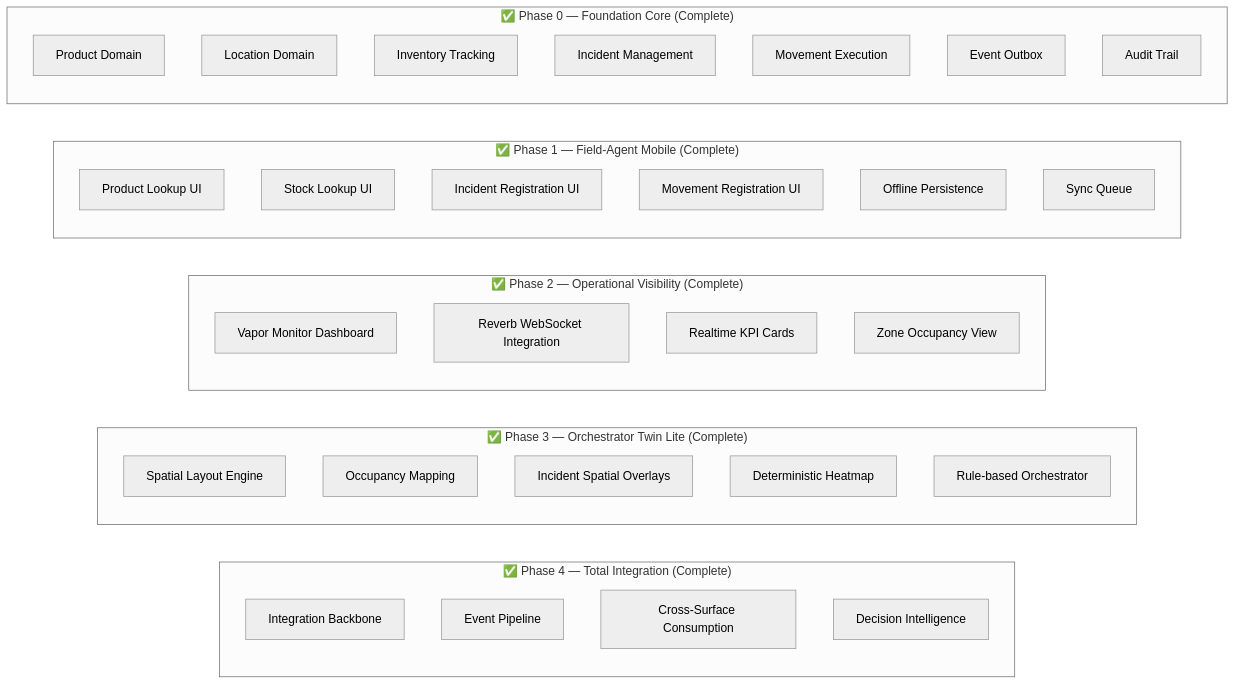
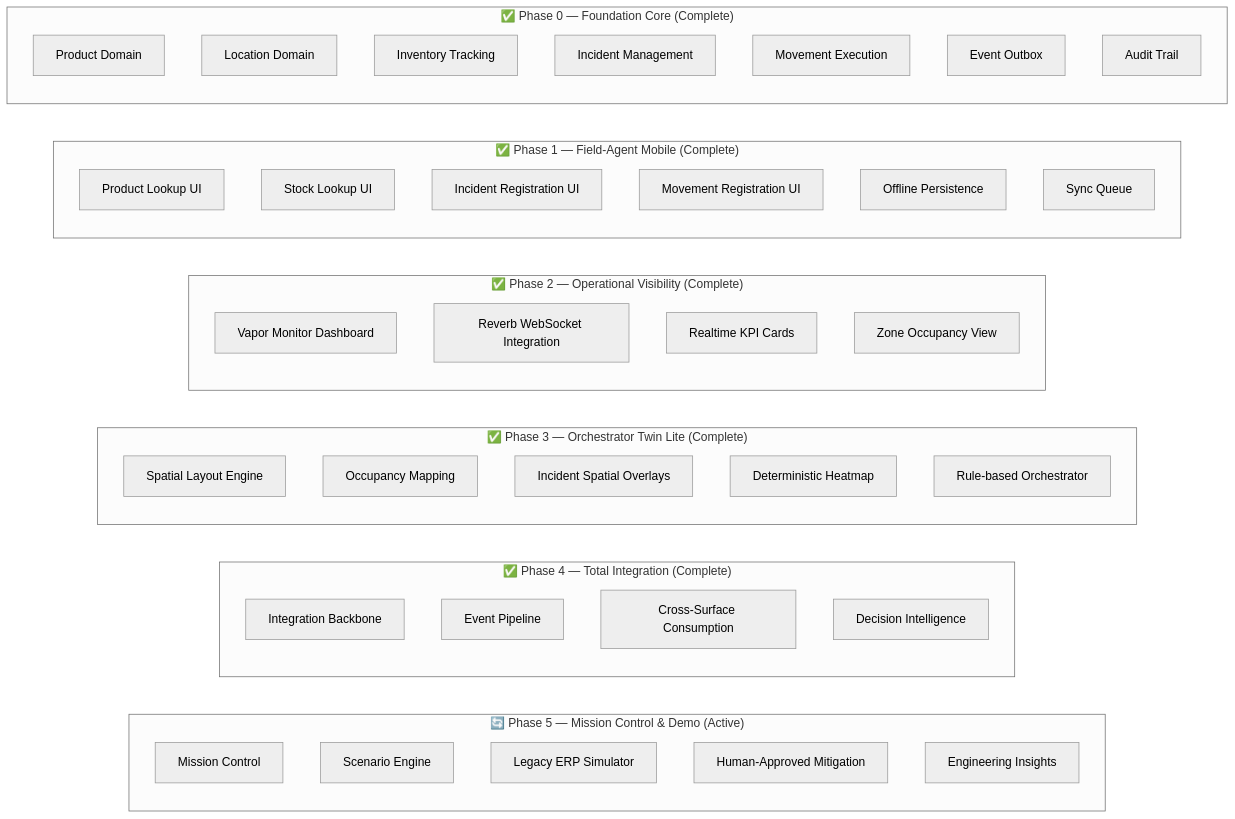
The fifth of 5 diagrams in README.md (h-builds/nexus-wms), drawn with Mermaid (neutral theme) before and after one commit. The commit also changed other lines of this file, not shown here.

Commit message:
docs(repo): update README for Phase 5 transition

````diff
--- a/README.md
+++ b/README.md
@@ -188,53 +198,63 @@
 ```mermaid
 flowchart TB
     subgraph Phase0 ["✅ Phase 0 — Foundation Core (Complete)"]
         direction TB
         P["Product Domain"]
         L["Location Domain"]
         I["Inventory Tracking"]
         IR["Incident Management"]
         MT["Movement Execution"]
         EV["Event Outbox"]
         AU["Audit Trail"]
     end
 
     subgraph Phase1 ["✅ Phase 1 — Field-Agent Mobile (Complete)"]
         direction TB
         PL["Product Lookup UI"]
         SL["Stock Lookup UI"]
         IReg["Incident Registration UI"]
         MReg["Movement Registration UI"]
         OFF["Offline Persistence"]
         SYN["Sync Queue"]
     end
 
     subgraph Phase2 ["✅ Phase 2 — Operational Visibility (Complete)"]
         direction TB
         VM["Vapor Monitor Dashboard"]
         REV["Reverb WebSocket Integration"]
         KPI["Realtime KPI Cards"]
         OCC["Zone Occupancy View"]
     end
 
     subgraph Phase3 ["✅ Phase 3 — Orchestrator Twin Lite (Complete)"]
         direction TB
         SP["Spatial Layout Engine"]
         OM["Occupancy Mapping"]
         IM["Incident Spatial Overlays"]
         HM["Deterministic Heatmap"]
         RS["Rule-based Orchestrator"]
     end
 
     subgraph Phase4 ["✅ Phase 4 — Total Integration (Complete)"]
         direction TB
         IB["Integration Backbone"]
         EP["Event Pipeline"]
         CSC["Cross-Surface Consumption"]
         DIL["Decision Intelligence"]
     end
 
+    subgraph Phase5 ["🔄 Phase 5 — Mission Control & Demo (Active)"]
+        direction TB
+        MC["Mission Control"]
+        SCE["Scenario Engine"]
+        ERP["Legacy ERP Simulator"]
+        HAM["Human-Approved Mitigation"]
+        EIM["Engineering Insights"]
+    end
+
     Phase0 ~~~ Phase1
     Phase1 ~~~ Phase2
     Phase2 ~~~ Phase3
     Phase3 ~~~ Phase4
+    Phase4 ~~~ Phase5
 ```
````
